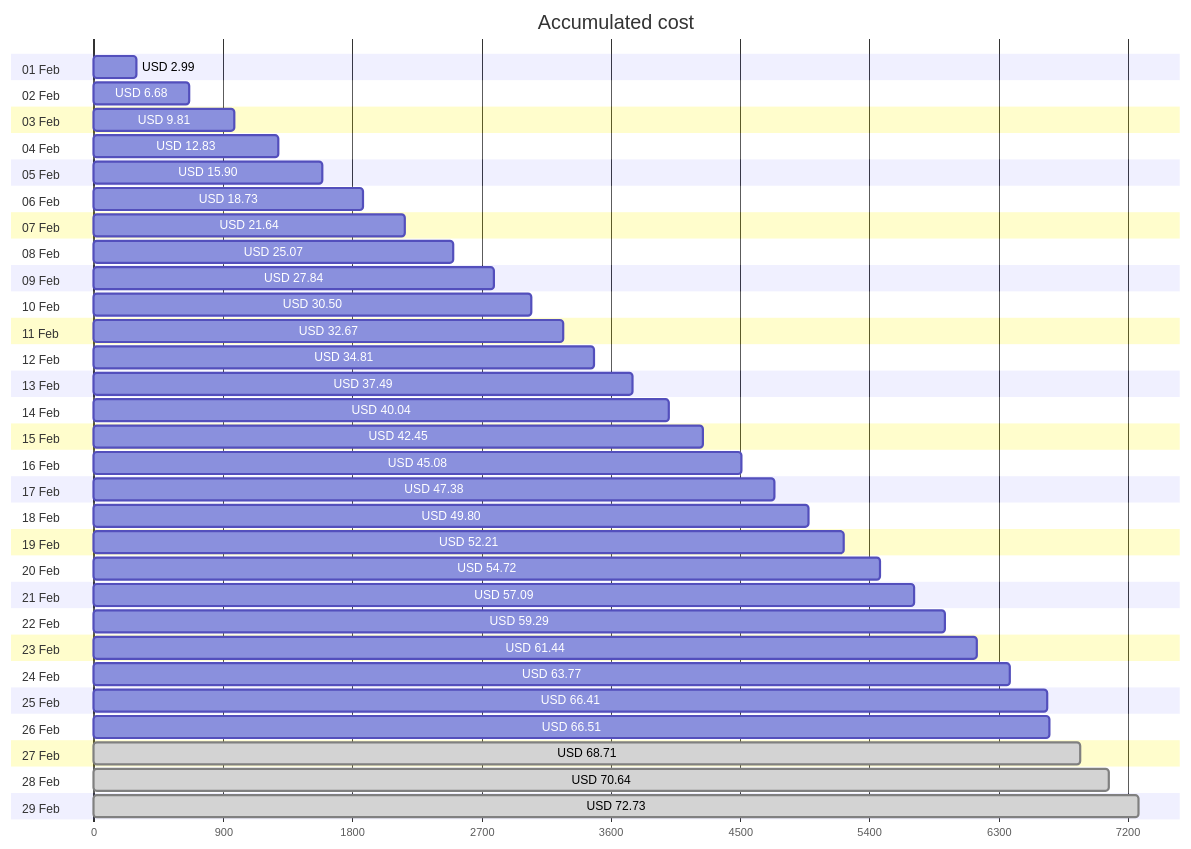
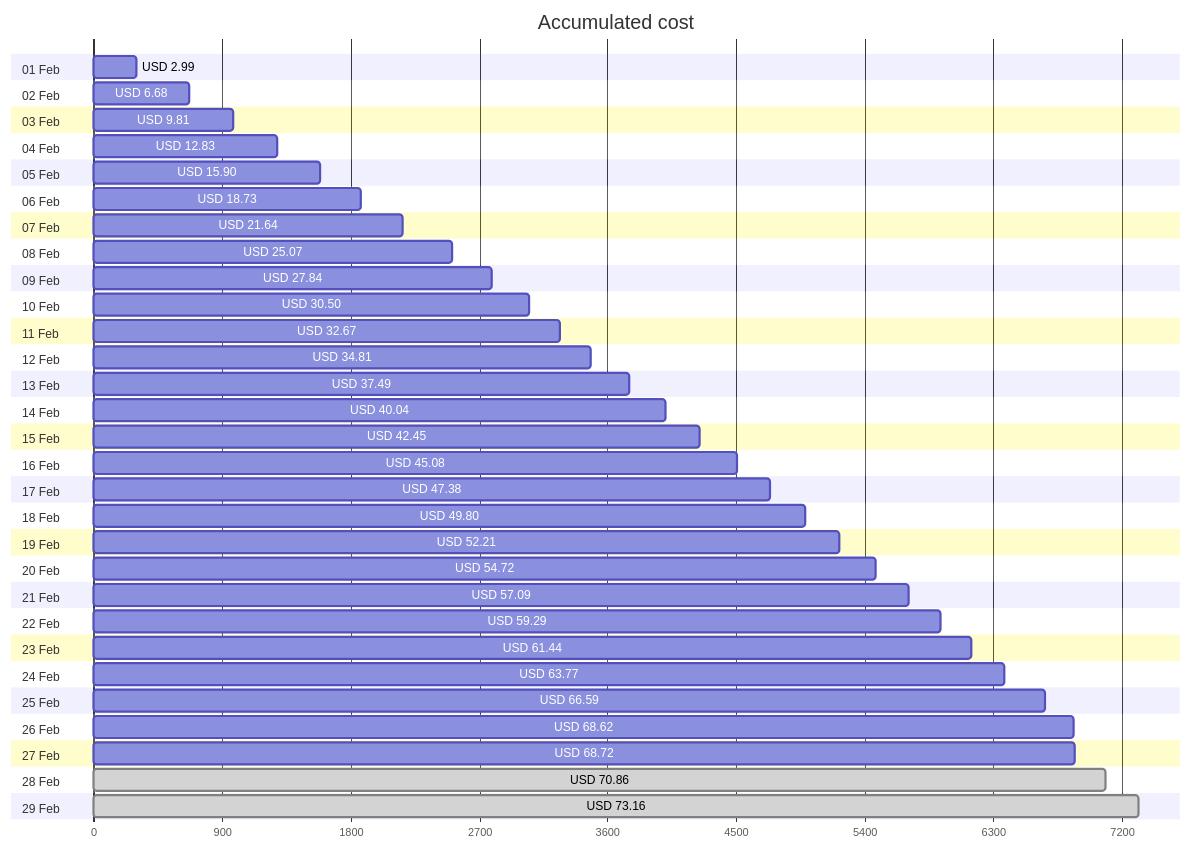
One commit to jpfulton/azure-personal-reports changed the first of 4 diagrams in cost-reports/accumulated-cost.md. Above: the diagram before and after it, drawn with Mermaid. The commit also changed other lines of this file and 4 other files, not shown here.

````diff
--- a/cost-reports/accumulated-cost.md
+++ b/cost-reports/accumulated-cost.md
@@ -20,64 +20,64 @@
 ```mermaid
 gantt
    title Accumulated cost
    dateFormat  X
    axisFormat %s
    section 01 Feb
    USD 2.99 :0, 299
    section 02 Feb
    USD 6.68 :0, 668
    section 03 Feb
    USD 9.81 :0, 981
    section 04 Feb
    USD 12.83 :0, 1283
    section 05 Feb
    USD 15.90 :0, 1590
    section 06 Feb
    USD 18.73 :0, 1873
    section 07 Feb
    USD 21.64 :0, 2164
    section 08 Feb
    USD 25.07 :0, 2507
    section 09 Feb
    USD 27.84 :0, 2784
    section 10 Feb
    USD 30.50 :0, 3050
    section 11 Feb
    USD 32.67 :0, 3267
    section 12 Feb
    USD 34.81 :0, 3481
    section 13 Feb
    USD 37.49 :0, 3749
    section 14 Feb
    USD 40.04 :0, 4004
    section 15 Feb
    USD 42.45 :0, 4245
    section 16 Feb
    USD 45.08 :0, 4508
    section 17 Feb
    USD 47.38 :0, 4738
    section 18 Feb
    USD 49.80 :0, 4980
    section 19 Feb
    USD 52.21 :0, 5221
    section 20 Feb
    USD 54.72 :0, 5472
    section 21 Feb
    USD 57.09 :0, 5709
    section 22 Feb
    USD 59.29 :0, 5929
    section 23 Feb
    USD 61.44 :0, 6144
    section 24 Feb
    USD 63.77 :0, 6377
    section 25 Feb
-   USD 66.41 :0, 6641
+   USD 66.59 :0, 6659
    section 26 Feb
-   USD 66.51 :0, 6651
+   USD 68.62 :0, 6862
    section 27 Feb
-   USD 68.71 : done, 0, 6871
+   USD 68.72 :0, 6872
    section 28 Feb
-   USD 70.64 : done, 0, 7064
+   USD 70.86 : done, 0, 7086
    section 29 Feb
-   USD 72.73 : done, 0, 7273
+   USD 73.16 : done, 0, 7316
 ```
````
